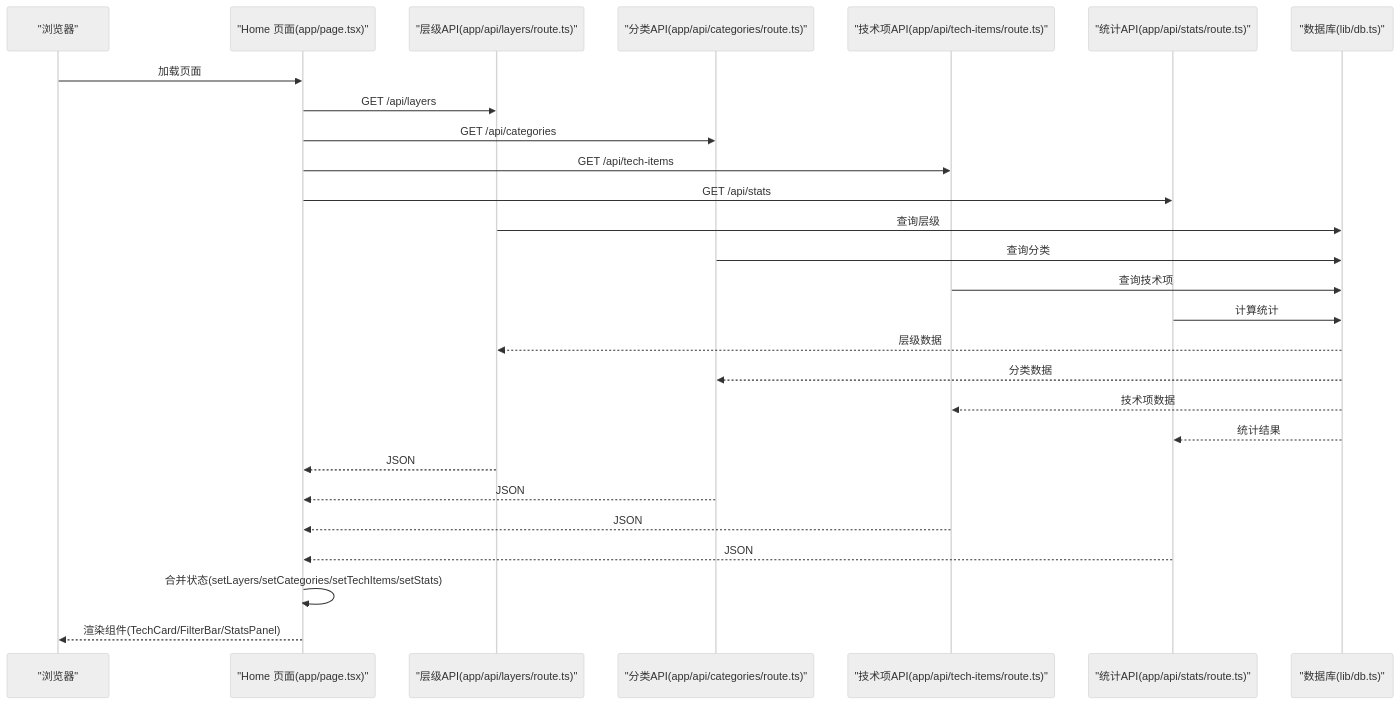
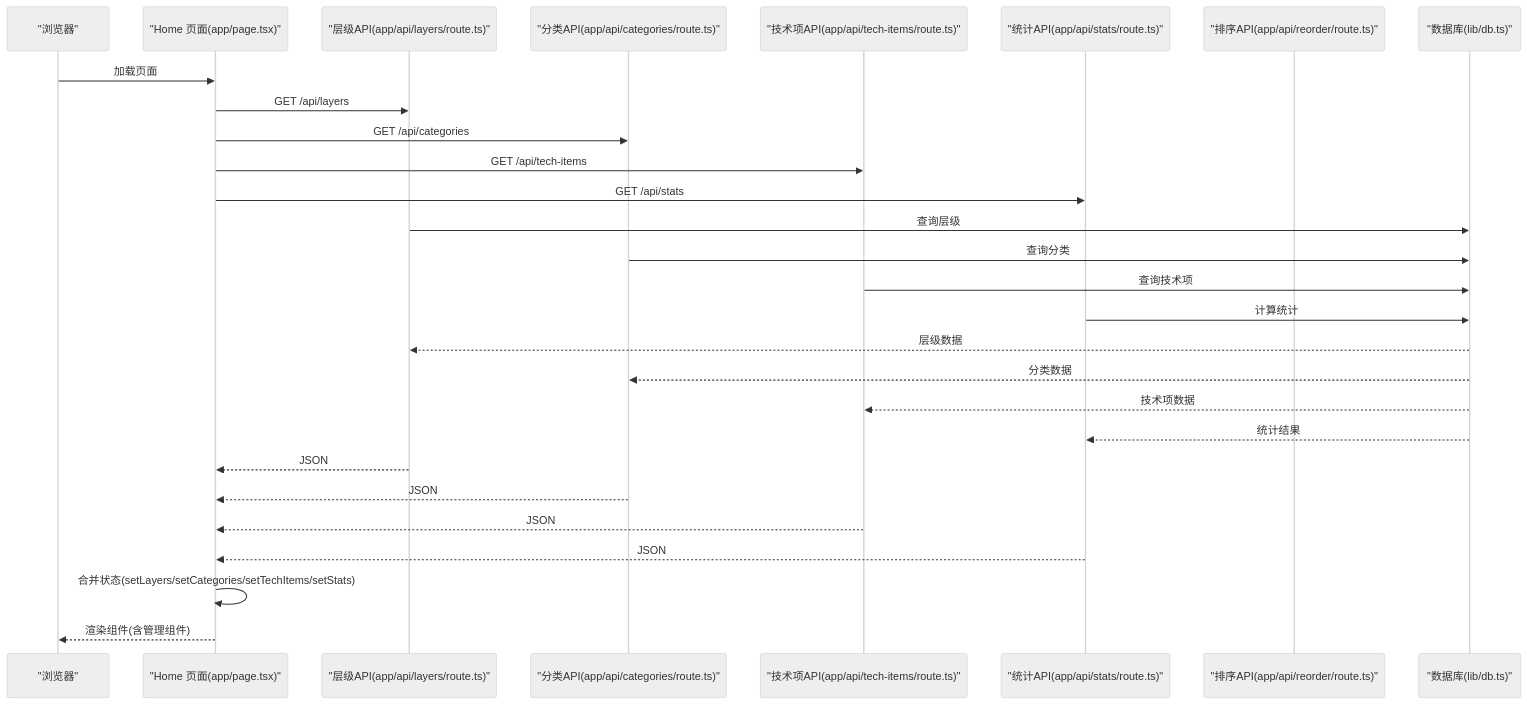
The second of 13 diagrams in .qoder/repowiki/zh/content/核心组件/核心组件.md (tutusiji/lantu-next), drawn with Mermaid (neutral theme) before and after one commit. The commit also changed other lines of this file and 22 other files, not shown here.

````diff
--- a/.qoder/repowiki/zh/content/核心组件/核心组件.md
+++ b/.qoder/repowiki/zh/content/核心组件/核心组件.md
@@ -117,29 +160,30 @@
 ```mermaid
 sequenceDiagram
 participant Browser as "浏览器"
 participant Home as "Home 页面(app/page.tsx)"
 participant API_L as "层级API(app/api/layers/route.ts)"
 participant API_C as "分类API(app/api/categories/route.ts)"
 participant API_T as "技术项API(app/api/tech-items/route.ts)"
 participant API_S as "统计API(app/api/stats/route.ts)"
+participant API_R as "排序API(app/api/reorder/route.ts)"
 participant DB as "数据库(lib/db.ts)"
 Browser->>Home : 加载页面
 Home->>API_L : GET /api/layers
 Home->>API_C : GET /api/categories
 Home->>API_T : GET /api/tech-items
 Home->>API_S : GET /api/stats
 API_L->>DB : 查询层级
 API_C->>DB : 查询分类
 API_T->>DB : 查询技术项
 API_S->>DB : 计算统计
 DB-->>API_L : 层级数据
 DB-->>API_C : 分类数据
 DB-->>API_T : 技术项数据
 DB-->>API_S : 统计结果
 API_L-->>Home : JSON
 API_C-->>Home : JSON
 API_T-->>Home : JSON
 API_S-->>Home : JSON
 Home->>Home : 合并状态(setLayers/setCategories/setTechItems/setStats)
-Home-->>Browser : 渲染组件(TechCard/FilterBar/StatsPanel)
+Home-->>Browser : 渲染组件(含管理组件)
 ```
````
